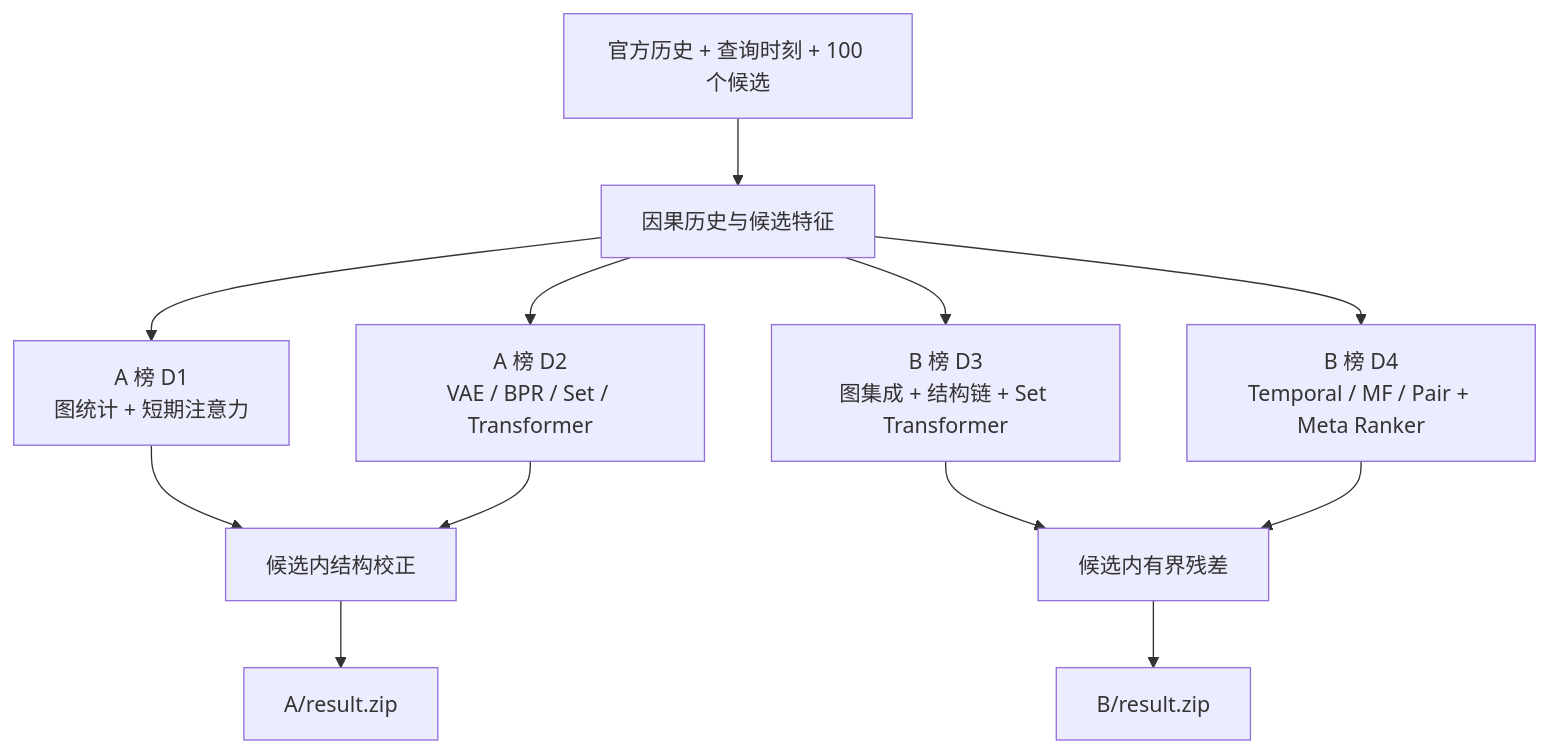
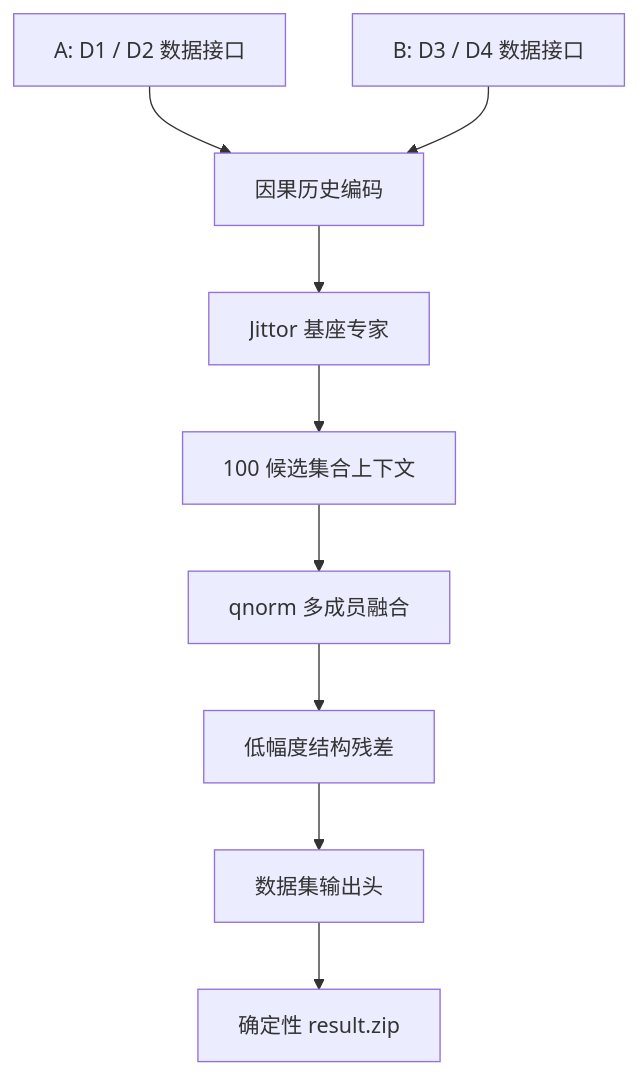
The first of 2 diagrams in README.md (laoshan-song/jittor-sader-jituai), drawn with Mermaid before and after one commit. The commit also changed other lines of this file, not shown here.

````diff
--- a/README.md
+++ b/README.md
@@ -67,14 +69,11 @@
 ```mermaid
 flowchart TB
-    Q["官方历史 + 查询时刻 + 100 个候选"] --> C["因果历史与候选特征"]
-    C --> A1["A 榜 D1<br/>图统计 + 短期注意力"]
-    C --> A2["A 榜 D2<br/>VAE / BPR / Set / Transformer"]
-    C --> B3["B 榜 D3<br/>图集成 + 结构链 + Set Transformer"]
-    C --> B4["B 榜 D4<br/>Temporal / MF / Pair + Meta Ranker"]
-    A1 --> CA["候选内结构校正"]
-    A2 --> CA
-    B3 --> CB["候选内有界残差"]
-    B4 --> CB
-    CA --> ZA["A/result.zip"]
-    CB --> ZB["B/result.zip"]
+    A["A: D1 / D2 数据接口"] --> H["因果历史编码"]
+    B["B: D3 / D4 数据接口"] --> H
+    H --> E["Jittor 基座专家"]
+    E --> C["100 候选集合上下文"]
+    C --> F["qnorm 多成员融合"]
+    F --> R["低幅度结构残差"]
+    R --> O["数据集输出头"]
+    O --> Z["确定性 result.zip"]
 ```
````
